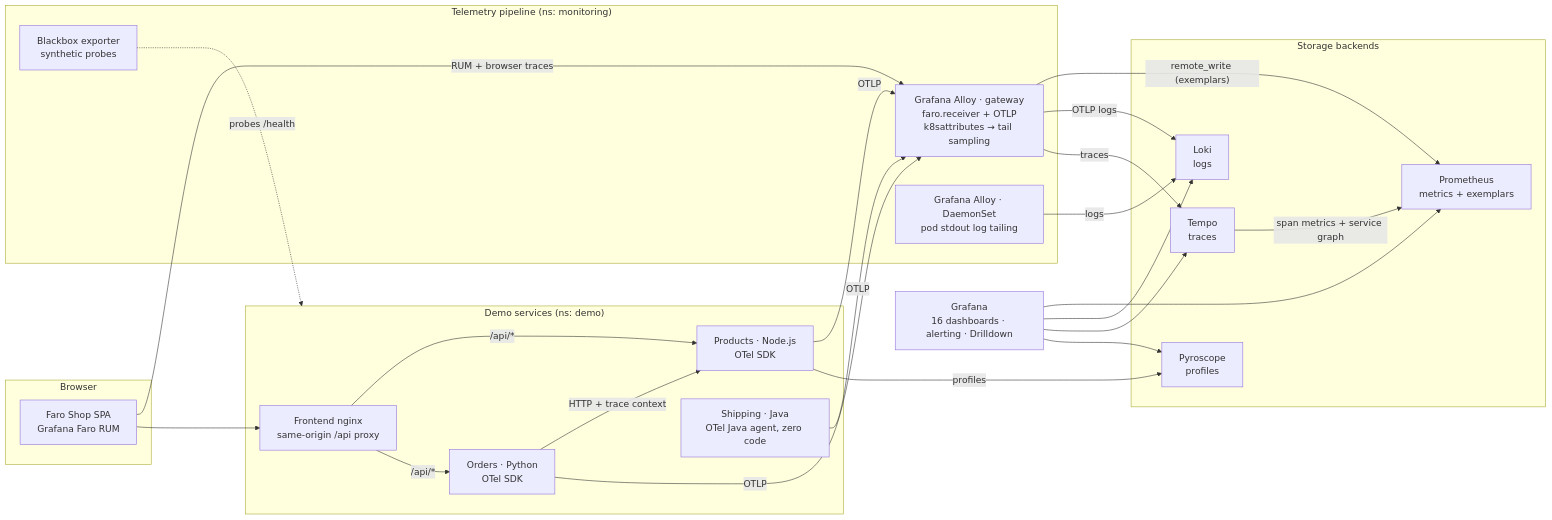
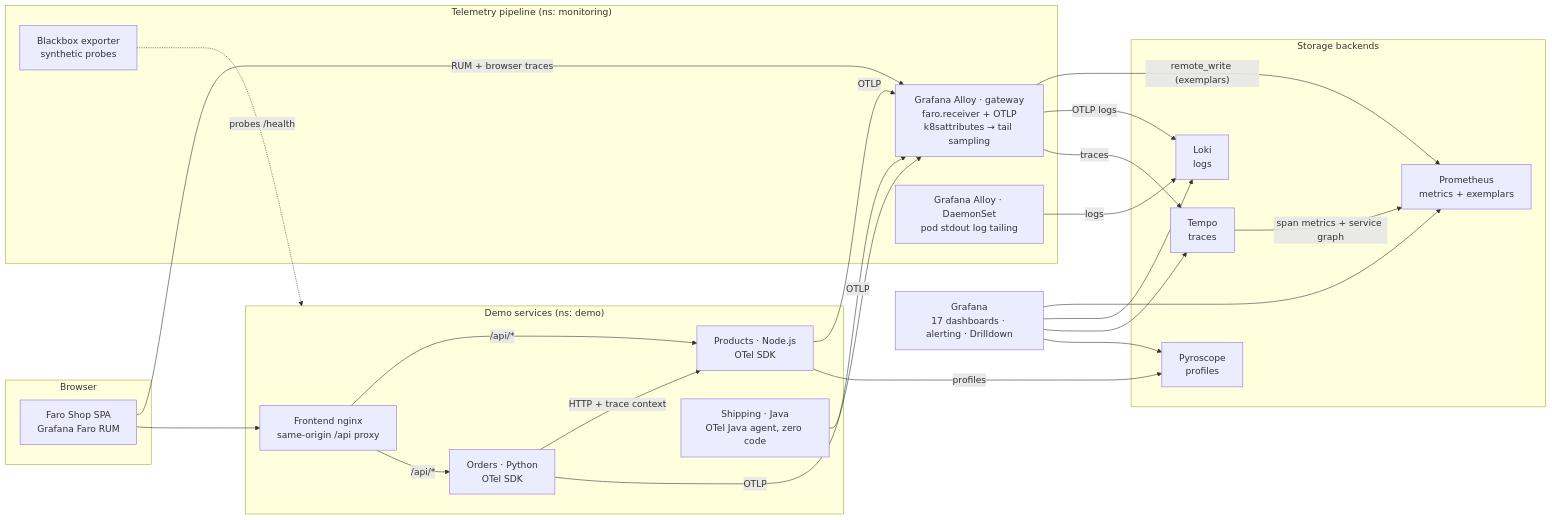
The diagram in README.md (jsalvarredy/grafana-otel-demo), drawn with Mermaid before and after one commit. The commit also changed other lines of this file and 51 other files, not shown here.

````diff
--- a/README.md
+++ b/README.md
@@ -77,48 +77,48 @@
 ```mermaid
 flowchart LR
     subgraph browser["Browser"]
         FARO["Faro Shop SPA<br/>Grafana Faro RUM"]
     end
 
     subgraph demo["Demo services (ns: demo)"]
         FE["Frontend nginx<br/>same-origin /api proxy"]
         P["Products · Node.js<br/>OTel SDK"]
         O["Orders · Python<br/>OTel SDK"]
         S["Shipping · Java<br/>OTel Java agent, zero code"]
     end
 
     subgraph pipeline["Telemetry pipeline (ns: monitoring)"]
         A["Grafana Alloy · gateway<br/>faro.receiver + OTLP<br/>k8sattributes → tail sampling"]
         AL["Grafana Alloy · DaemonSet<br/>pod stdout log tailing"]
         BB["Blackbox exporter<br/>synthetic probes"]
     end
 
     subgraph storage["Storage backends"]
         PR["Prometheus<br/>metrics + exemplars"]
         L["Loki<br/>logs"]
         T["Tempo<br/>traces"]
         PY["Pyroscope<br/>profiles"]
     end
 
-    G["Grafana<br/>16 dashboards · alerting · Drilldown"]
+    G["Grafana<br/>17 dashboards · alerting · Drilldown"]
 
     FARO -- "RUM + browser traces" --> A
     FARO --> FE
     FE -- "/api/*" --> P
     FE -- "/api/*" --> O
     O -- "HTTP + trace context" --> P
     P -- OTLP --> A
     O -- OTLP --> A
     S -- OTLP --> A
     P -- profiles --> PY
     A -- "remote_write (exemplars)" --> PR
     A -- "OTLP logs" --> L
     A -- traces --> T
     AL -- logs --> L
     T -- "span metrics + service graph" --> PR
     BB -. "probes /health" .-> demo
     G --> PR
     G --> L
     G --> T
     G --> PY
 ```
````
